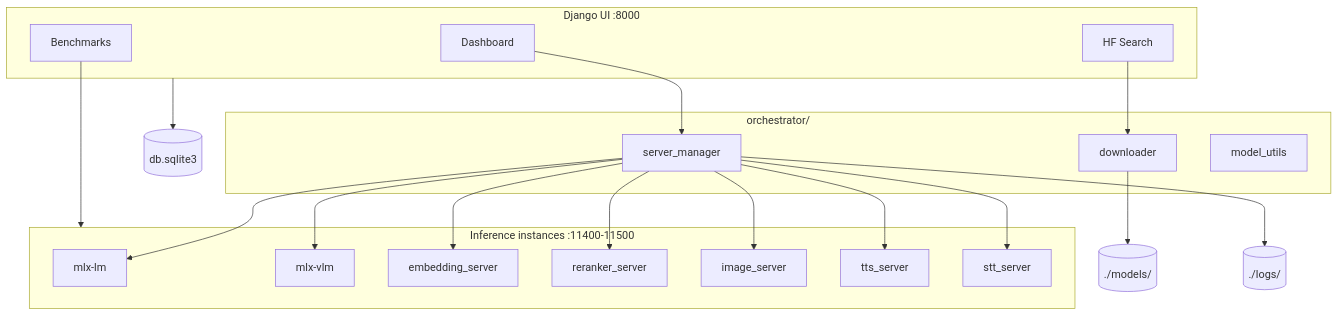
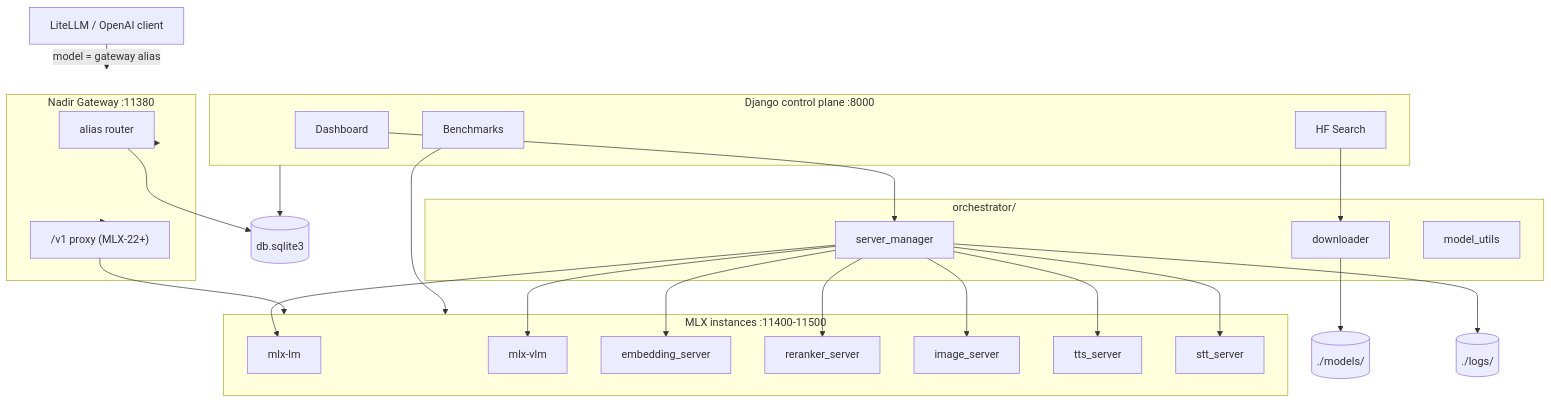
Before and after one commit to assiadialeb/nadir-mlx: the diagram in README.md, drawn with Mermaid. The commit also changed other lines of this file and 13 other files, not shown here.

First line of the commit message:
feat: MLX-18 MLX-20 MLX-21 introduce Nadir Gateway for OpenAI-compatible inference

````diff
--- a/README.md
+++ b/README.md
@@ -70,36 +70,47 @@
 ```mermaid
 flowchart TB
-    subgraph UI["Django UI :8000"]
+    subgraph UI["Django control plane :8000"]
         Dashboard[Dashboard]
         Search[HF Search]
         Benchmark[Benchmarks]
+    end
+
+    subgraph Gateway["Nadir Gateway :11380"]
+        Router[alias router]
+        Proxy["/v1 proxy (MLX-22+)"]
     end
 
     subgraph Orchestrator["orchestrator/"]
         SM[server_manager]
         DL[downloader]
         MU[model_utils]
     end
 
-    subgraph Instances["Inference instances :11400-11500"]
+    subgraph Instances["MLX instances :11400-11500"]
         TEXT[mlx-lm]
         VLM[mlx-vlm]
         EMB[embedding_server]
         RR[reranker_server]
         IMG[image_server]
         TTS[tts_server]
         STT[stt_server]
     end
 
+    Client[LiteLLM / OpenAI client]
     Models[(./models/)]
     Logs[(./logs/)]
     DB[(db.sqlite3)]
 
+    Client -->|"model = gateway alias"| Gateway
+    Gateway --> Router
+    Router --> DB
+    Gateway --> Proxy
+    Proxy --> Instances
     Dashboard --> SM
     Search --> DL
     DL --> Models
     SM --> TEXT & VLM & EMB & RR & IMG & TTS & STT
     SM --> Logs
     UI --> DB
     Benchmark --> Instances
 ```
````
